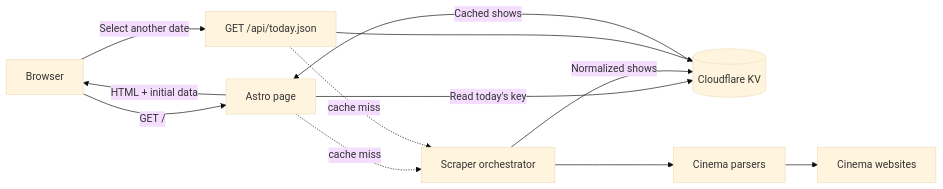
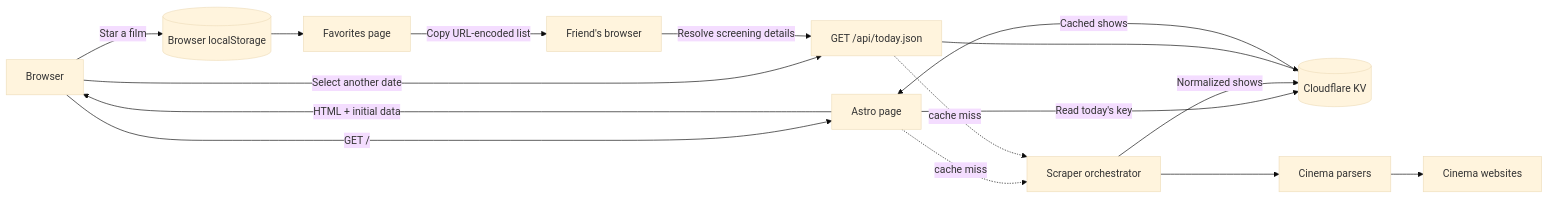
The first of 2 diagrams in README.md (herol3oy/kinoradar), drawn with Mermaid (base theme) before and after one commit. The commit also changed other lines of this file and 13 other files, not shown here.

First line of the commit message:
feat: add favorites feature with local storage support

````diff
--- a/README.md
+++ b/README.md
@@ -26,14 +26,18 @@
 ```mermaid
 flowchart LR
     Visitor[Browser] -->|GET /| Page[Astro page]
     Page -->|Read today's key| KV[(Cloudflare KV)]
     KV -->|Cached shows| Page
     Page -. cache miss .-> Scraper[Scraper orchestrator]
     Scraper --> Parsers[Cinema parsers]
     Parsers --> Sites[Cinema websites]
     Scraper -->|Normalized shows| KV
     Page -->|HTML + initial data| Visitor
     Visitor -->|Select another date| API[GET /api/today.json]
     API --> KV
     API -. cache miss .-> Scraper
+    Visitor -->|Star a film| Storage[(Browser localStorage)]
+    Storage --> Favorites[Favorites page]
+    Favorites -->|Copy URL-encoded list| Friend[Friend's browser]
+    Friend -->|Resolve screening details| API
 ```
````
